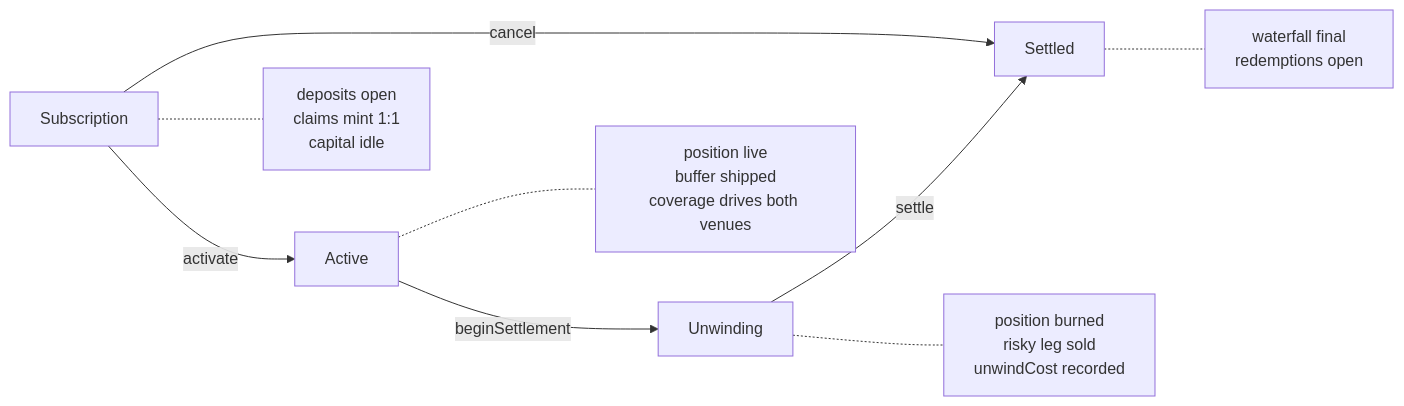
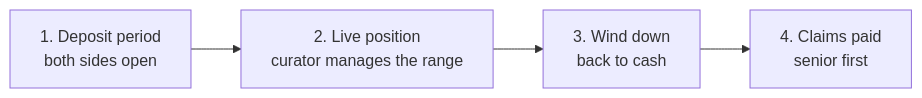
Before and after one commit to pieakshat/Trelp: the first of 3 diagrams in README.md, drawn with Mermaid. The commit also changed other lines of this file, not shown here.

````diff
--- a/README.md
+++ b/README.md
@@ -101,12 +100,8 @@
 ```mermaid
 flowchart LR
-    S[Subscription] -->|activate| A[Active]
-    A -->|beginSettlement| U[Unwinding]
-    U -->|settle| D[Settled]
-    S -->|cancel| D
-
-    S -.- S1["deposits open<br/>claims mint 1:1<br/>capital idle"]
-    A -.- A1["position live<br/>buffer shipped<br/>coverage drives both venues"]
-    U -.- U1["position burned<br/>risky leg sold<br/>unwindCost recorded"]
-    D -.- D1["waterfall final<br/>redemptions open"]
+    A["1. Deposit period<br/>both sides open"]
+    B["2. Live position<br/>curator manages the range"]
+    C["3. Wind down<br/>back to cash"]
+    D["4. Claims paid<br/>senior first"]
+    A --> B --> C --> D
 ```
````
